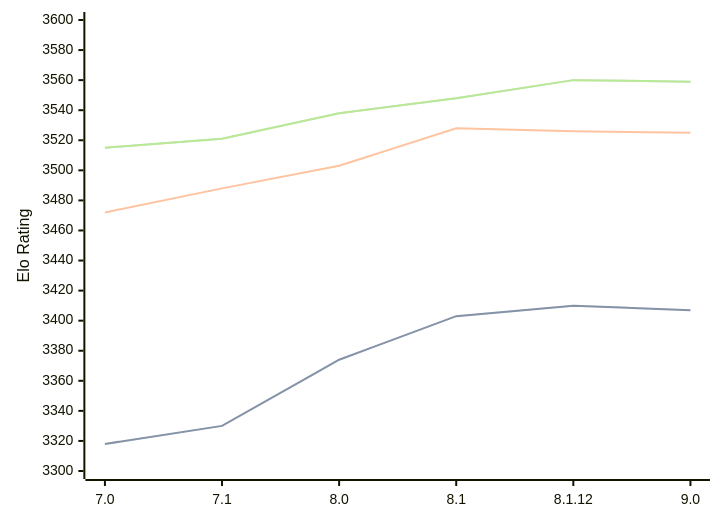
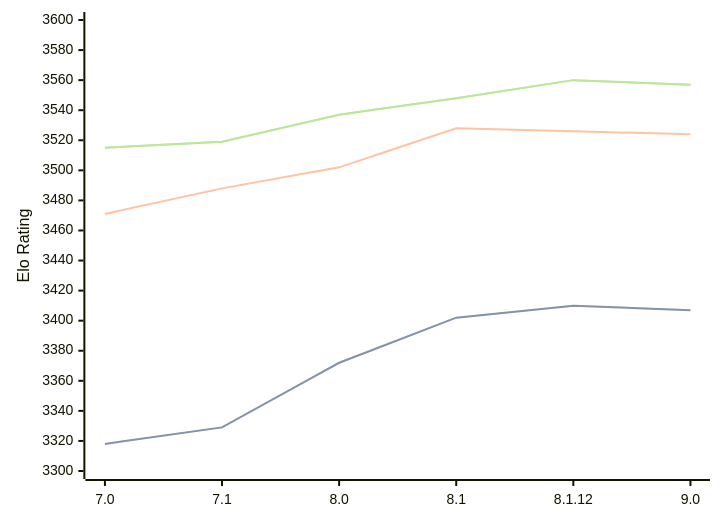
Before and after one commit to computer-chess-index/cci: the diagram in engines/Alexandria.md, drawn with Mermaid. The commit also changed other lines of this file, not shown here.

Commit message:
Update CCI Ratings (ELO VLTC) - 2026-06-10

````diff
--- a/engines/Alexandria.md
+++ b/engines/Alexandria.md
@@ -55,11 +55,11 @@
 ```mermaid
 %%{init: {"theme":"base","themeVariables":{"seriesColors:['#a3a3a3','#222221','#faa371']}}}%%
 xychart-beta
   x-axis ["7.0", "7.1", "8.0", "8.1", "8.1.12", "9.0"]
   y-axis "Elo Rating" 3300 --> 3600
-  line "STC (8.0+0.08s)" [3318, 3330, 3374, 3403, 3410, 3407]
-  line "STC (8.0+0.08s)" [3318, 3330, 3374, 3403, 3410, 3407]
-  line "LTC (60.0+0.60s)" [3472, 3488, 3503, 3528, 3526, 3525]
-  line "VLTC (2m24s+1.12s)" [3515, 3521, 3538, 3548, 3560, 3559]
-  line "VLTC (2m24s+1.12s)" [3515, 3521, 3538, 3548, 3560, 3559]
+  line "STC (8.0+0.08s)" [3318, 3329, 3372, 3402, 3410, 3407]
+  line "STC (8.0+0.08s)" [3318, 3329, 3372, 3402, 3410, 3407]
+  line "LTC (60.0+0.60s)" [3471, 3488, 3502, 3528, 3526, 3524]
+  line "VLTC (2m24s+1.12s)" [3515, 3519, 3537, 3548, 3560, 3557]
+  line "VLTC (2m24s+1.12s)" [3515, 3519, 3537, 3548, 3560, 3557]
 ```
````
